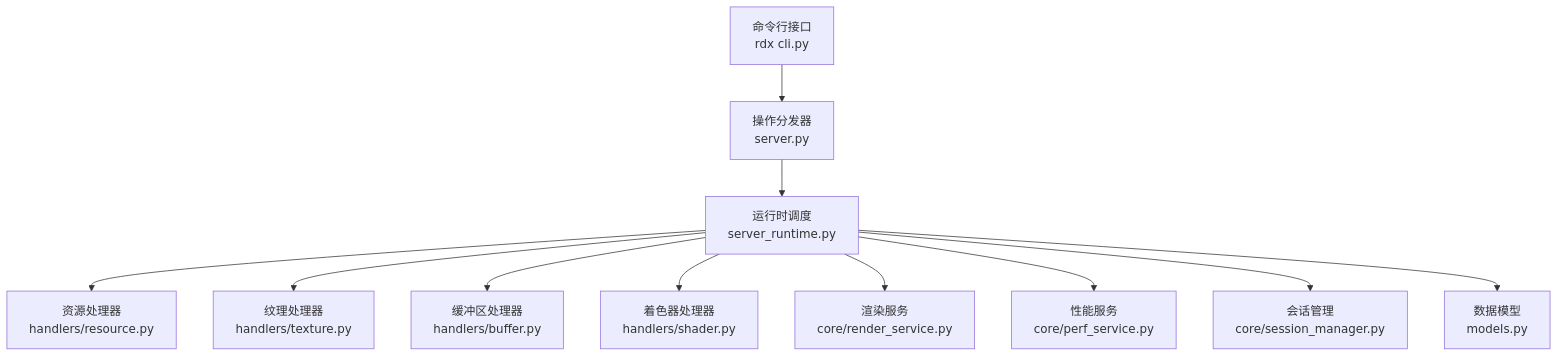
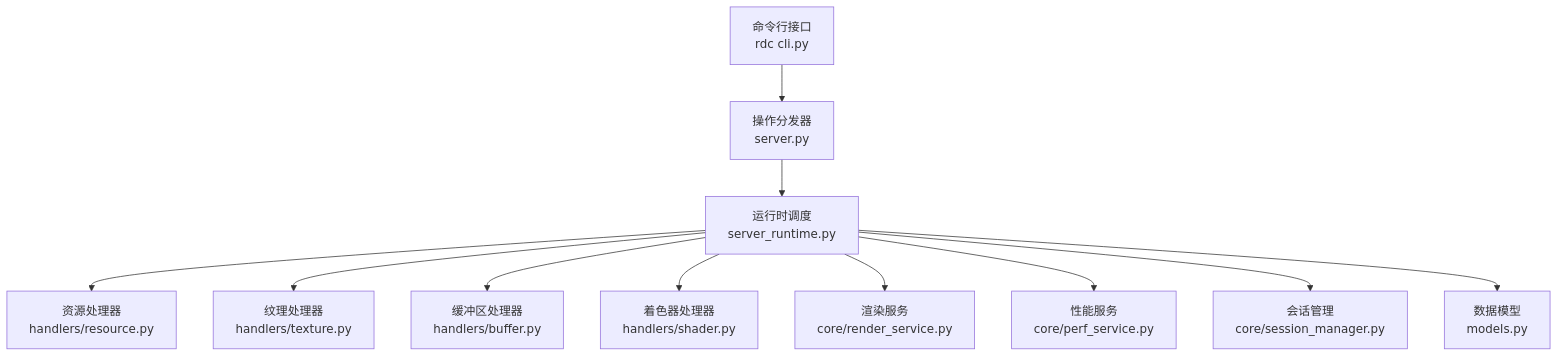
Before and after one commit to haolange/RDC-Tool: the first of 8 diagrams in .qoder/repowiki/zh/content/处理器模块/资源处理器.md, drawn with Mermaid. The commit also changed other lines of this file and 388 other files, not shown here.

````diff
--- a/.qoder/repowiki/zh/content/处理器模块/资源处理器.md
+++ b/.qoder/repowiki/zh/content/处理器模块/资源处理器.md
@@ -41,13 +41,13 @@
 ```mermaid
 graph TB
-CLI["命令行接口<br/>rdx cli.py"] --> Server["操作分发器<br/>server.py"]
+CLI["命令行接口<br/>rdc cli.py"] --> Server["操作分发器<br/>server.py"]
 Server --> Runtime["运行时调度<br/>server_runtime.py"]
 Runtime --> ResH["资源处理器<br/>handlers/resource.py"]
 Runtime --> TexH["纹理处理器<br/>handlers/texture.py"]
 Runtime --> BufH["缓冲区处理器<br/>handlers/buffer.py"]
 Runtime --> ShdH["着色器处理器<br/>handlers/shader.py"]
 Runtime --> RenderSvc["渲染服务<br/>core/render_service.py"]
 Runtime --> PerfSvc["性能服务<br/>core/perf_service.py"]
 Runtime --> SessMgr["会话管理<br/>core/session_manager.py"]
 Runtime --> Models["数据模型<br/>models.py"]
 ```
````
